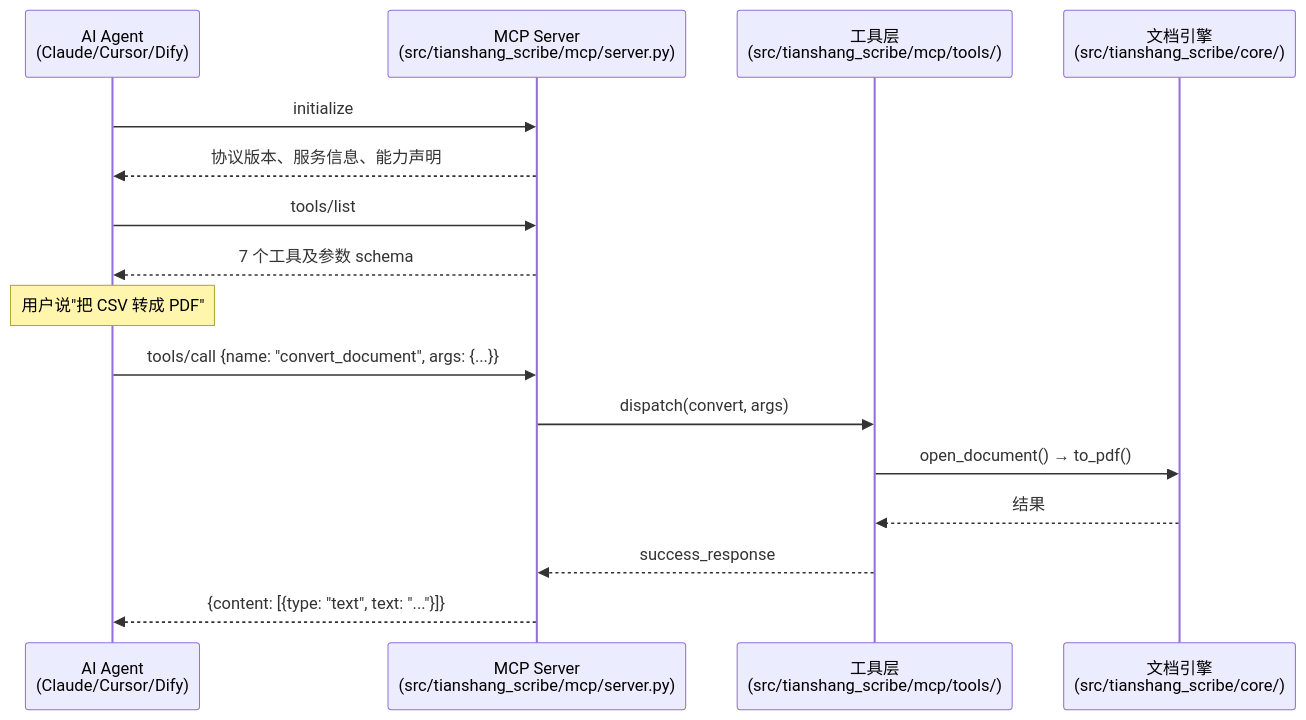
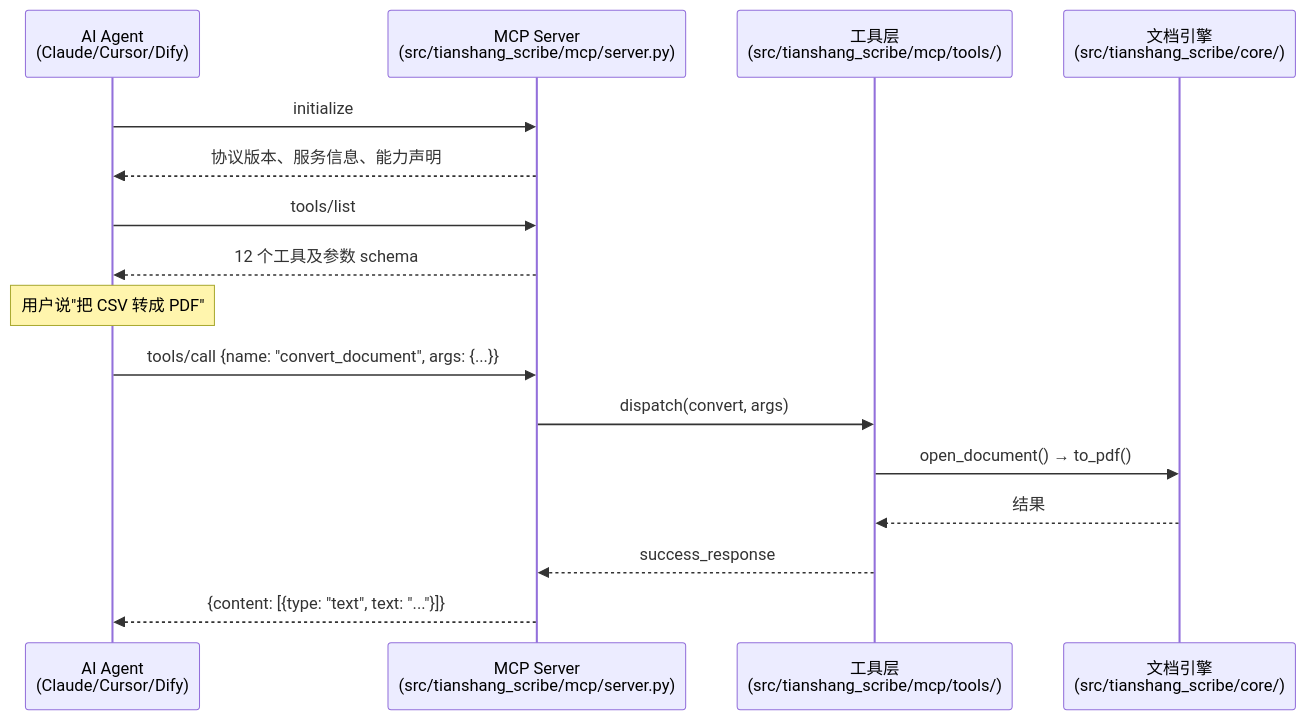
One commit to Tianshang301/TianshangScribe changed the first of 2 diagrams in docs/mcp/README.zh-CN.md. Above: the diagram before and after it, drawn with Mermaid. The commit also changed other lines of this file and 7 other files, not shown here.

````diff
--- a/docs/mcp/README.zh-CN.md
+++ b/docs/mcp/README.zh-CN.md
@@ -447,22 +517,22 @@
 ```mermaid
 sequenceDiagram
     participant Agent as AI Agent<br/>(Claude/Cursor/Dify)
     participant MCP as MCP Server<br/>(src/tianshang_scribe/mcp/server.py)
     participant Tools as 工具层<br/>(src/tianshang_scribe/mcp/tools/)
     participant Engine as 文档引擎<br/>(src/tianshang_scribe/core/)
 
     Agent->>MCP: initialize
     MCP-->>Agent: 协议版本、服务信息、能力声明
 
     Agent->>MCP: tools/list
-    MCP-->>Agent: 7 个工具及参数 schema
+    MCP-->>Agent: 12 个工具及参数 schema
 
     Note over Agent: 用户说"把 CSV 转成 PDF"
 
     Agent->>MCP: tools/call {name: "convert_document", args: {...}}
     MCP->>Tools: dispatch(convert, args)
     Tools->>Engine: open_document() → to_pdf()
     Engine-->>Tools: 结果
     Tools-->>MCP: success_response
     MCP-->>Agent: {content: [{type: "text", text: "..."}]}
 ```
````
